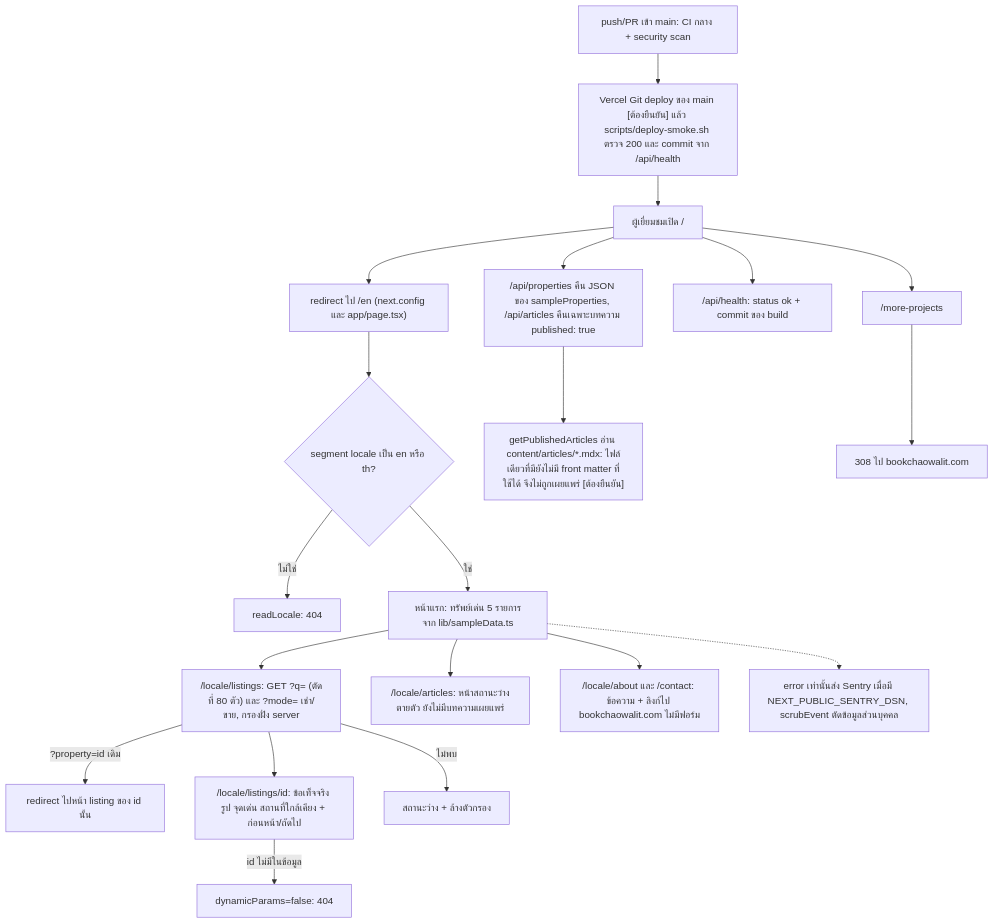
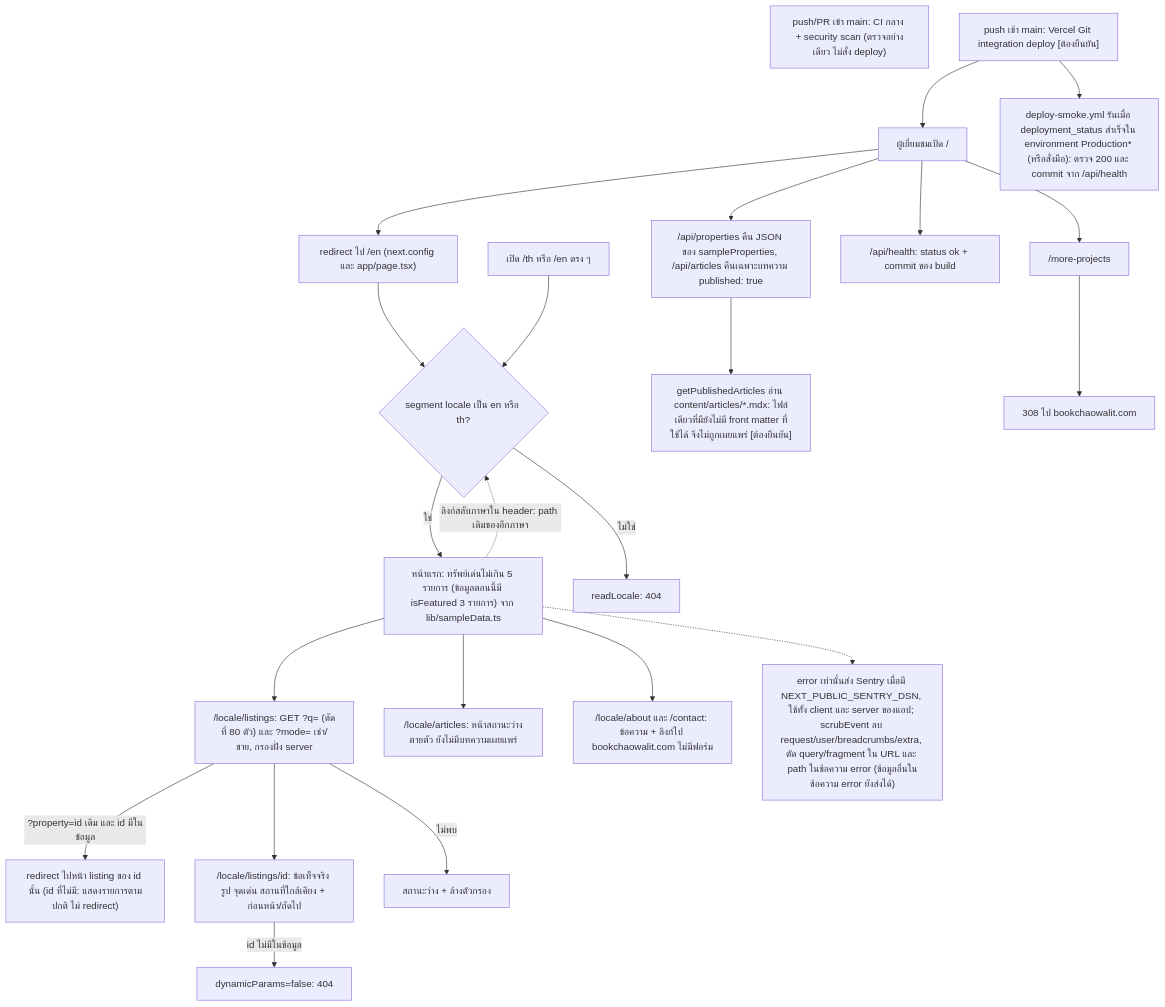
One commit to bookchaowalit-website/sales-agencyrenting-web changed the first of 2 diagrams in docs/diagrams/01-business-process.md. Above: the diagram before and after it, drawn with Mermaid. The commit also changed other lines of this file, not shown here.

Commit message:
docs: correct As-Is/To-Be facts from review (01-business-process)

````diff
--- a/docs/diagrams/01-business-process.md
+++ b/docs/diagrams/01-business-process.md
@@ -9,21 +9,24 @@
 ```mermaid
 flowchart TD
   V["ผู้เยี่ยมชมเปิด /"] --> ROOT["redirect ไป /en (next.config และ app/page.tsx)"]
   ROOT --> LOC{"segment locale เป็น en หรือ th?"}
+  V2["เปิด /th หรือ /en ตรง ๆ"] --> LOC
+  HOME -.->|"ลิงก์สลับภาษาใน header: path เดิมของอีกภาษา"| LOC
   LOC -->|ไม่ใช่| NF["readLocale: 404"]
-  LOC -->|ใช่| HOME["หน้าแรก: ทรัพย์เด่น 5 รายการจาก lib/sampleData.ts"]
+  LOC -->|ใช่| HOME["หน้าแรก: ทรัพย์เด่นไม่เกิน 5 รายการ (ข้อมูลตอนนี้มี isFeatured 3 รายการ) จาก lib/sampleData.ts"]
   HOME --> LIST["/locale/listings: GET ?q= (ตัดที่ 80 ตัว) และ ?mode= เช่า/ขาย, กรองฝั่ง server"]
-  LIST -->|"?property=id เดิม"| OLD["redirect ไปหน้า listing ของ id นั้น"]
+  LIST -->|"?property=id เดิม และ id มีในข้อมูล"| OLD["redirect ไปหน้า listing ของ id นั้น (id ที่ไม่มี: แสดงรายการตามปกติ ไม่ redirect)"]
   LIST --> DETAIL["/locale/listings/id: ข้อเท็จจริง รูป จุดเด่น สถานที่ใกล้เคียง + ก่อนหน้า/ถัดไป"]
   LIST -->|ไม่พบ| EMPTY["สถานะว่าง + ล้างตัวกรอง"]
   DETAIL -->|id ไม่มีในข้อมูล| NF2["dynamicParams=false: 404"]
   HOME --> GUIDES["/locale/articles: หน้าสถานะว่างตายตัว ยังไม่มีบทความเผยแพร่"]
   HOME --> CONTACT["/locale/about และ /contact: ข้อความ + ลิงก์ไป bookchaowalit.com ไม่มีฟอร์ม"]
   V --> API["/api/properties คืน JSON ของ sampleProperties, /api/articles คืนเฉพาะบทความ published: true"]
   API --> ART["getPublishedArticles อ่าน content/articles/*.mdx: ไฟล์เดียวที่มียังไม่มี front matter ที่ใช้ได้ จึงไม่ถูกเผยแพร่ [ต้องยืนยัน]"]
   V --> HEALTH["/api/health: status ok + commit ของ build"]
   V --> MORE["/more-projects"] --> RED["308 ไป bookchaowalit.com"]
-  HOME -.-> SENTRY["error เท่านั้นส่ง Sentry เมื่อมี NEXT_PUBLIC_SENTRY_DSN, scrubEvent ตัดข้อมูลส่วนบุคคล"]
-  CI["push/PR เข้า main: CI กลาง + security scan"] --> DEPLOY["Vercel Git deploy ของ main [ต้องยืนยัน] แล้ว scripts/deploy-smoke.sh ตรวจ 200 และ commit จาก /api/health"]
+  HOME -.-> SENTRY["error เท่านั้นส่ง Sentry เมื่อมี NEXT_PUBLIC_SENTRY_DSN, ใช้ทั้ง client และ server ของแอป; scrubEvent ลบ request/user/breadcrumbs/extra, ตัด query/fragment ใน URL และ path ในข้อความ error (ข้อมูลอื่นในข้อความ error ยังส่งได้)"]
+  CI["push/PR เข้า main: CI กลาง + security scan (ตรวจอย่างเดียว ไม่สั่ง deploy)"]
+  DEPLOY["push เข้า main: Vercel Git integration deploy [ต้องยืนยัน]"] --> SMOKE["deploy-smoke.yml รันเมื่อ deployment_status สำเร็จใน environment Production* (หรือสั่งมือ): ตรวจ 200 และ commit จาก /api/health"]
   DEPLOY --> V
 ```
````
